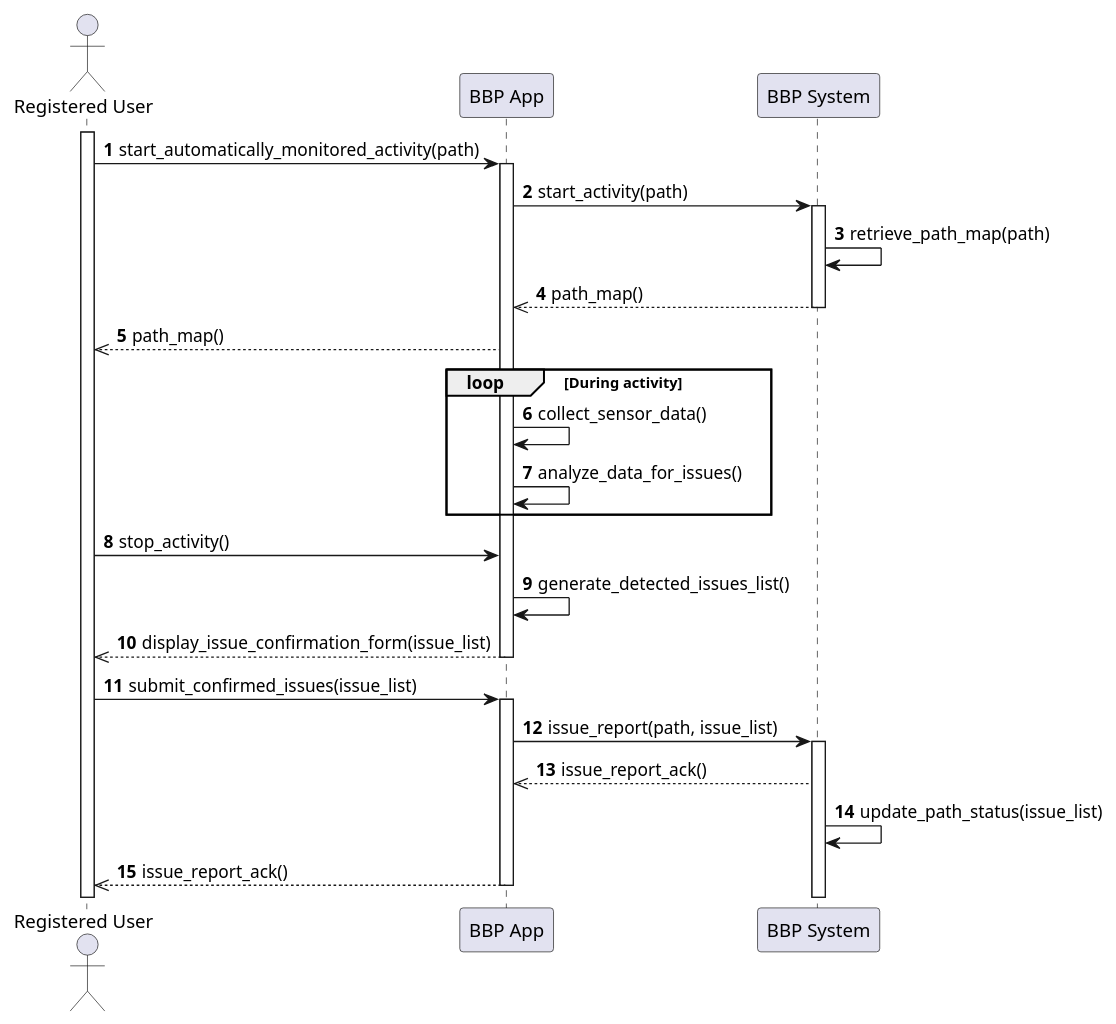
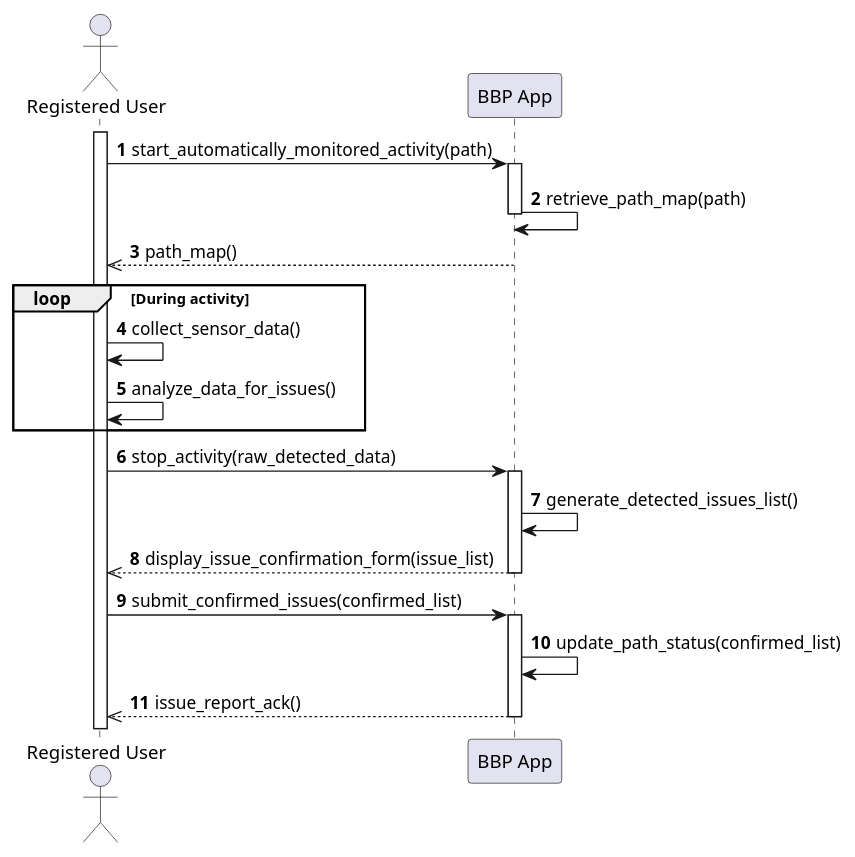
One commit to Guflie/PoliMi-SWE2-RDD-project changed the diagram in diagrams/RASD/sequence diagram/UC13_sequence_diagram.puml. Above: the diagram before and after it, drawn with PlantUML. The commit also changed 16 other files, not shown here.

Commit message:
[RASD] Updated and fixed Sequence Diagrams

```diff
--- a/diagrams/RASD/sequence diagram/UC13_sequence_diagram.puml
+++ b/diagrams/RASD/sequence diagram/UC13_sequence_diagram.puml
@@ -1,42 +1,34 @@
 @startuml uc13_automatic_detection
 actor "Registered User" as User
 participant "BBP App" as App
-participant "BBP System" as Sys
 
 autonumber
 
 activate User
 
 User -> App : start_automatically_monitored_activity(path)
 activate App
-App -> Sys : start_activity(path)
-activate Sys
-Sys -> Sys : retrieve_path_map(path)
-Sys -->> App : path_map()
-deactivate Sys
+App -> App : retrieve_path_map(path)
+deactivate App
 App -->> User : path_map()
 
 ' --------------------------
 
 loop During activity
-    App -> App : collect_sensor_data()
-    App -> App : analyze_data_for_issues()
+    User -> User : collect_sensor_data()
+    User -> User : analyze_data_for_issues()
 end
 
-User -> App : stop_activity()
-
+User -> App : stop_activity(raw_detected_data)
+activate App
 App -> App : generate_detected_issues_list()
 App -->> User : display_issue_confirmation_form(issue_list)
 deactivate App
 
-User -> App : submit_confirmed_issues(issue_list)
+User -> App : submit_confirmed_issues(confirmed_list)
 activate App
-App -> Sys : issue_report(path, issue_list)
-activate Sys
-Sys -->> App : issue_report_ack()
-Sys -> Sys : update_path_status(issue_list)
+App -> App : update_path_status(confirmed_list)
 App -->> User : issue_report_ack()
-
 deactivate App
 
 @enduml
```
